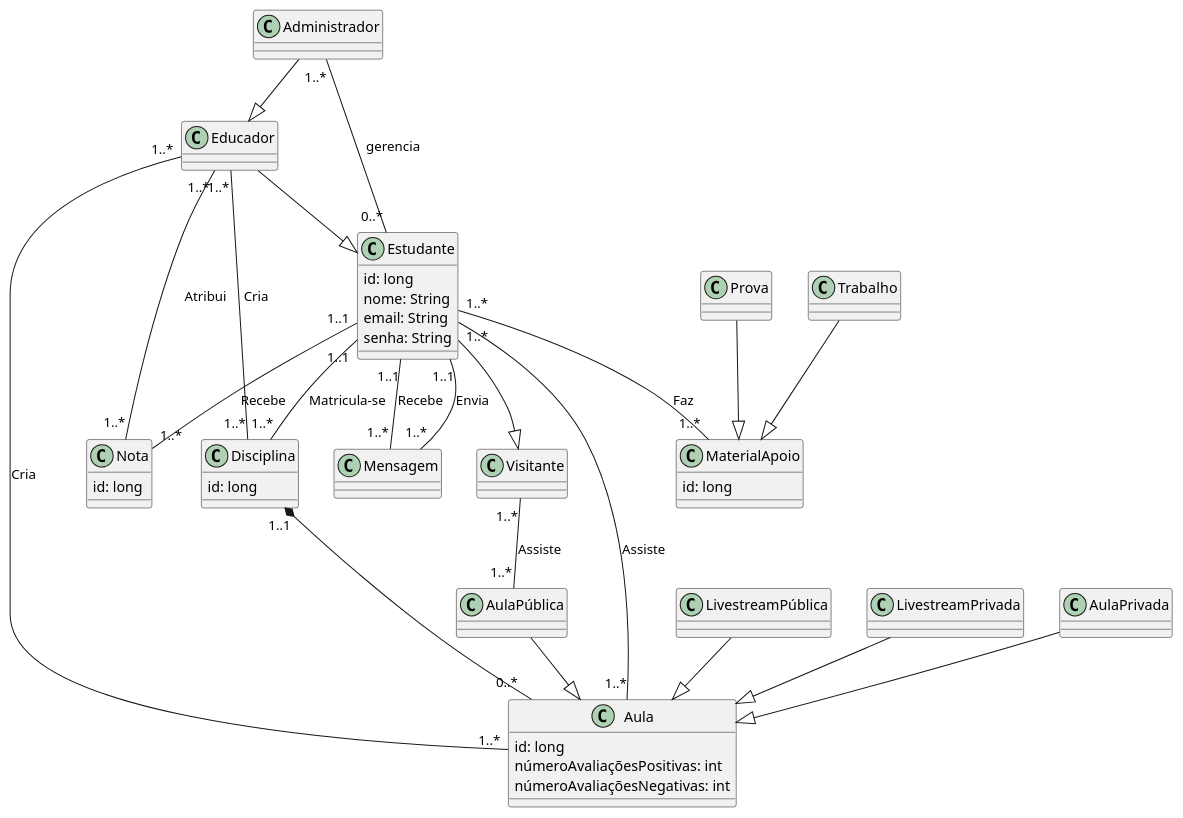
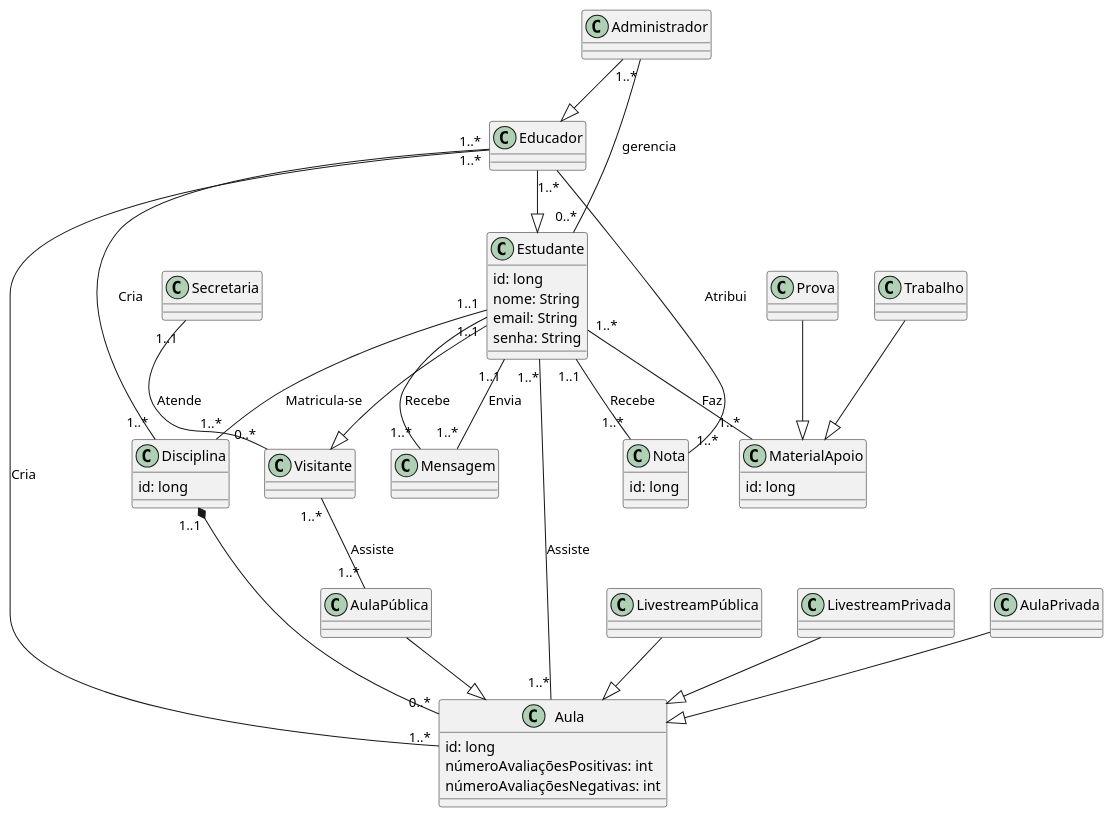
Before and after one commit to lucasg-mm/ensinet: the diagram in modelo_conceitual/conceitual.plantuml, drawn with PlantUML.

Commit message:
Adiciona conceito 'secretaria'

```diff
--- a/modelo_conceitual/conceitual.plantuml
+++ b/modelo_conceitual/conceitual.plantuml
@@ -1,82 +1,87 @@
 @startuml modelo_conceitual
 class Administrador{
 
 }
 
 class Aula{
     id: long
     númeroAvaliaçõesPositivas: int
     númeroAvaliaçõesNegativas: int
 }
 
 class Estudante{
     id: long
     nome: String
     email: String
     senha: String
 }
 
 class Educador{
 
 }
 
 class Disciplina{
     id: long
 }
 
 class AulaPública{
 }
 
 class LivestreamPública{
 }
 
 class Visitante{
 
 }
 
 class LivestreamPrivada{
 
 }
 
 class MaterialApoio{
     id: long
 }
 
 class Prova{
 
 }
 
 class Trabalho{
 
 }
 
 class Mensagem{
 
 }
 
 class Nota{
     id: long
 }
 
+class Secretaria{
+
+}
+
 Administrador "1..*"--"0..*" Estudante: gerencia
 Administrador --|> Educador
 Educador --|> Estudante
 Estudante --|> Visitante
 AulaPrivada --|> Aula
 AulaPública --|> Aula
 LivestreamPrivada --|> Aula
 LivestreamPública --|> Aula
 Trabalho --|> MaterialApoio
 Prova --|> MaterialApoio
 Disciplina "1..1"*--"0..*" Aula
 Estudante "1..*"--"1..*" Aula: Assiste
 Estudante "1..1"--"1..*" Nota: Recebe
 Estudante "1..*"--"1..*" MaterialApoio: Faz
 Estudante "1..1"--"1..*" Mensagem: Recebe
 Estudante "1..1"--"1..*" Mensagem: Envia
 Estudante "1..1"--"1..*" Disciplina: Matricula-se
 Educador "1..*"--"1..*" Disciplina: Cria
 Educador "1..*"--"1..*" Aula: Cria
 Educador "1..*"--"1..*" Nota: Atribui
 Visitante "1..*"--"1..*" AulaPública: Assiste
+Secretaria "1..1"--"0..*" Visitante: Atende
 @enduml
```
